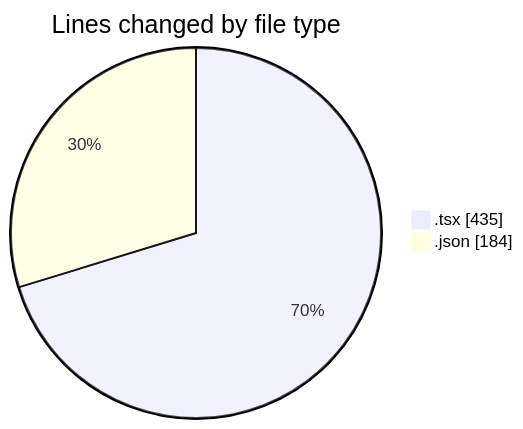
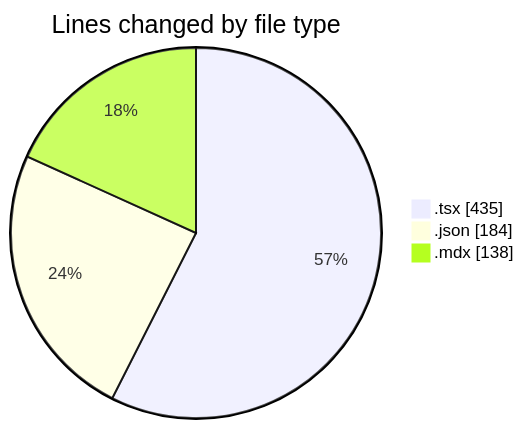
Before and after one commit to momahboobian/code-tracking: the first of 2 diagrams in 2026-01-12/cda/README.md, drawn with Mermaid. The commit also changed other lines of this file and 1 other file, not shown here.

````diff
--- a/2026-01-12/cda/README.md
+++ b/2026-01-12/cda/README.md
@@ -21,6 +22,7 @@
 ```mermaid
 pie showData
 title Lines changed by file type
 ".tsx" : 435
 ".json" : 184
+".mdx" : 138
 ```
````
